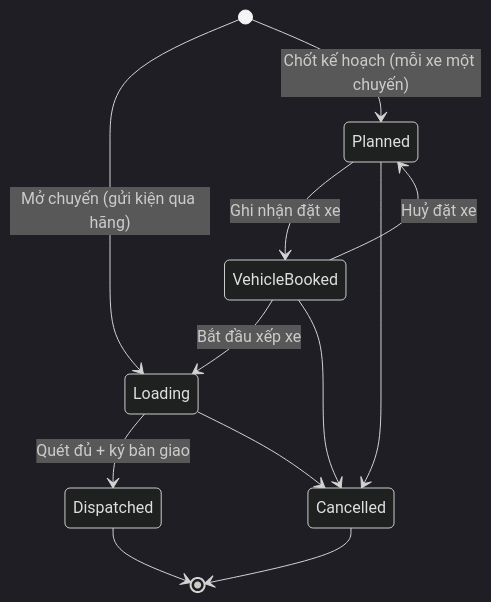
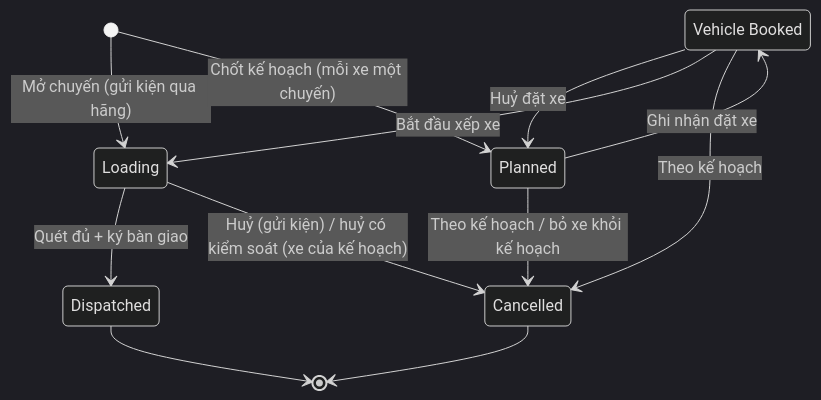
Before and after one commit to KLTN-FA26/docs: the second of 3 diagrams in docs/warehouse/09-shipping/README.md, drawn with Mermaid (dark theme). The commit also changed other lines of this file and 5 other files, not shown here.

````diff
--- a/docs/warehouse/09-shipping/README.md
+++ b/docs/warehouse/09-shipping/README.md
@@ -264,14 +268,16 @@
 ```mermaid
 stateDiagram-v2
+    state "Vehicle Booked" as VehicleBooked
+
     [*] --> Loading: Mở chuyến (gửi kiện qua hãng)
     [*] --> Planned: Chốt kế hoạch (mỗi xe một chuyến)
     Planned --> VehicleBooked: Ghi nhận đặt xe
     VehicleBooked --> Planned: Huỷ đặt xe
     VehicleBooked --> Loading: Bắt đầu xếp xe
     Loading --> Dispatched: Quét đủ + ký bàn giao
-    Planned --> Cancelled
-    VehicleBooked --> Cancelled
-    Loading --> Cancelled
+    Planned --> Cancelled: Theo kế hoạch / bỏ xe khỏi kế hoạch
+    VehicleBooked --> Cancelled: Theo kế hoạch
+    Loading --> Cancelled: Huỷ (gửi kiện) / huỷ có kiểm soát (xe của kế hoạch)
     Dispatched --> [*]
     Cancelled --> [*]
 ```
````
